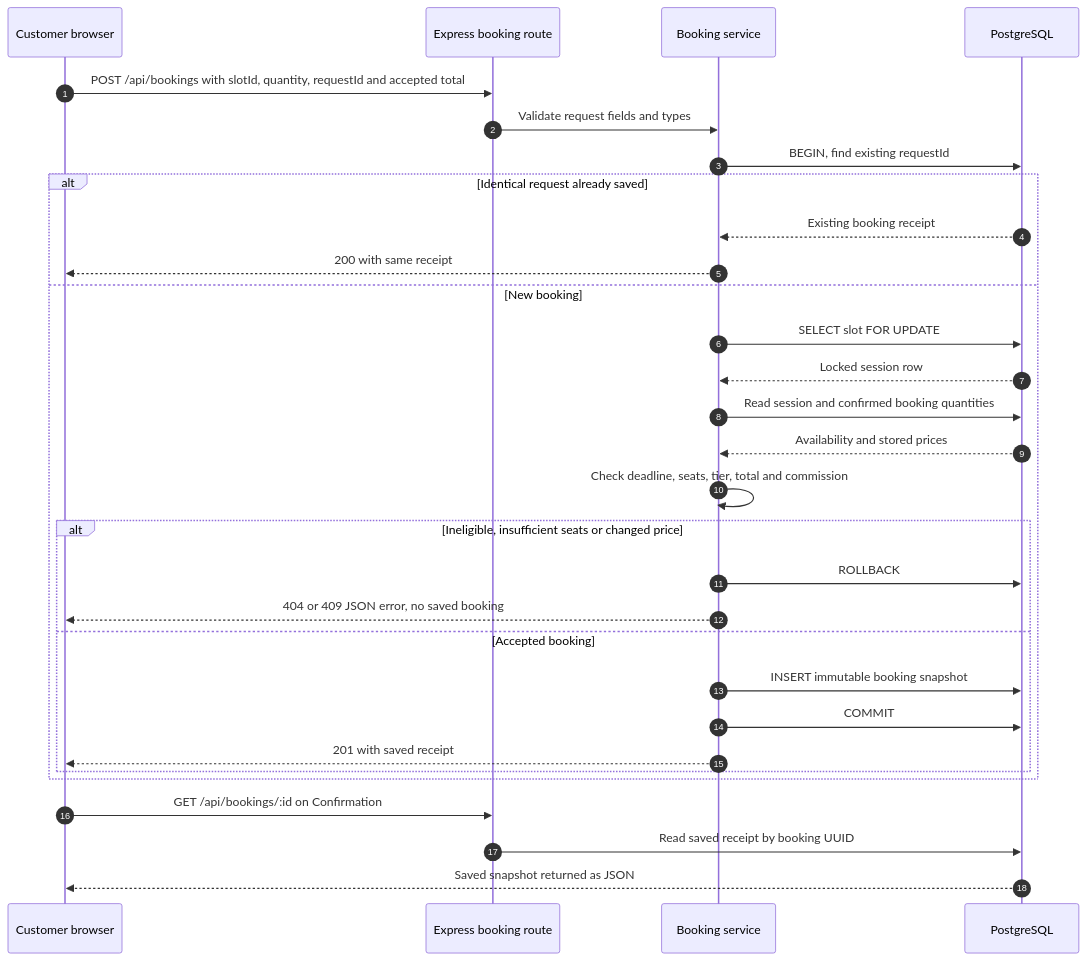
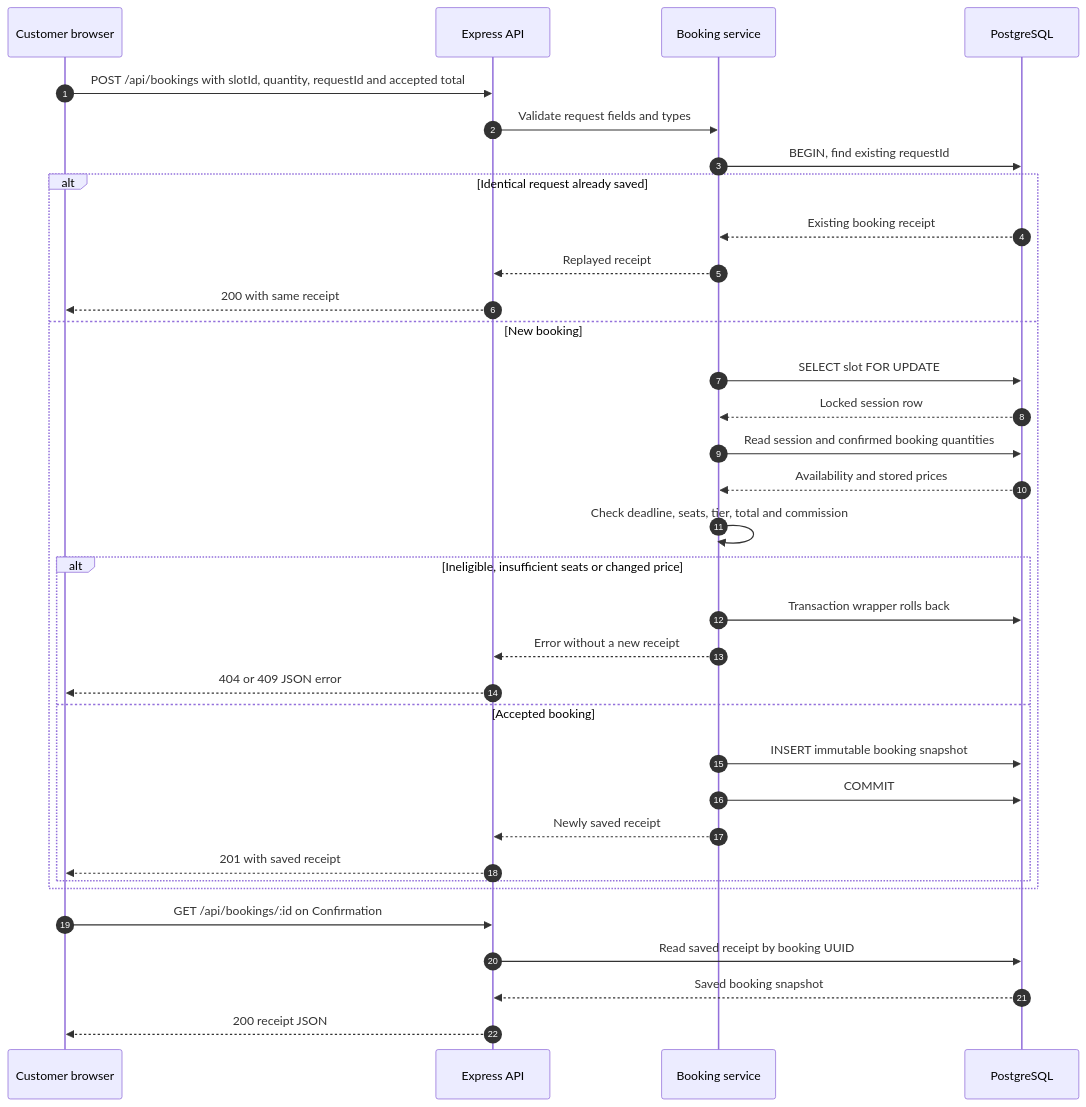
One commit to Frannaaa/slotdrop-gc2 changed the second of 2 diagrams in docs/system.md. Above: the diagram before and after it, drawn with Mermaid.

Commit message:
Keep booking sequence diagram faithful to API routing and transaction rollback

````diff
--- a/docs/system.md
+++ b/docs/system.md
@@ -46,32 +46,36 @@
 ```mermaid
 sequenceDiagram
   autonumber
   participant C as Customer browser
-  participant A as Express booking route
+  participant A as Express API
   participant S as Booking service
   participant D as PostgreSQL
   C->>A: POST /api/bookings with slotId, quantity, requestId and accepted total
   A->>S: Validate request fields and types
   S->>D: BEGIN, find existing requestId
   alt Identical request already saved
     D-->>S: Existing booking receipt
-    S-->>C: 200 with same receipt
+    S-->>A: Replayed receipt
+    A-->>C: 200 with same receipt
   else New booking
     S->>D: SELECT slot FOR UPDATE
     D-->>S: Locked session row
     S->>D: Read session and confirmed booking quantities
     D-->>S: Availability and stored prices
     S->>S: Check deadline, seats, tier, total and commission
     alt Ineligible, insufficient seats or changed price
-      S->>D: ROLLBACK
-      S-->>C: 404 or 409 JSON error, no saved booking
+      S->>D: Transaction wrapper rolls back
+      S-->>A: Error without a new receipt
+      A-->>C: 404 or 409 JSON error
     else Accepted booking
       S->>D: INSERT immutable booking snapshot
       S->>D: COMMIT
-      S-->>C: 201 with saved receipt
+      S-->>A: Newly saved receipt
+      A-->>C: 201 with saved receipt
     end
   end
   C->>A: GET /api/bookings/:id on Confirmation
   A->>D: Read saved receipt by booking UUID
-  D-->>C: Saved snapshot returned as JSON
+  D-->>A: Saved booking snapshot
+  A-->>C: 200 receipt JSON
 ```
````
